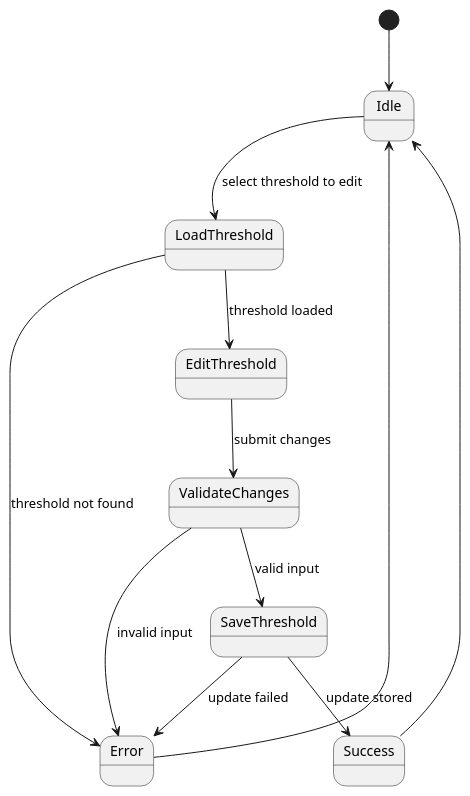
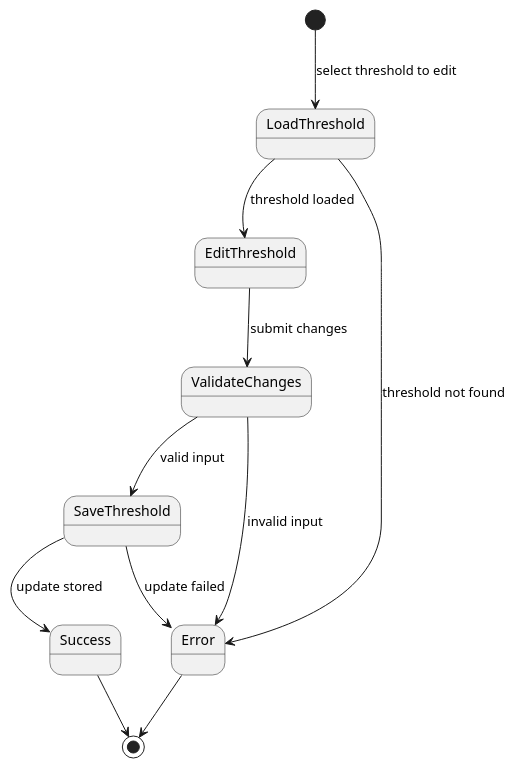
One commit to harmanpreet-sagar/SFWRENG-3A04-Group6-T01 changed the diagram in docs/diagrams/plantuml/state/thresh_edit_thresh.puml. Above: the diagram before and after it, drawn with PlantUML. The commit also changed 4 other files, not shown here.

Commit message:
fix: Error and success states go to end state and not back to idle

```diff
--- a/docs/diagrams/plantuml/state/thresh_edit_thresh.puml
+++ b/docs/diagrams/plantuml/state/thresh_edit_thresh.puml
@@ -1,19 +1,17 @@
 @startuml thresh_edit_thresh
 
-[*] --> Idle
-
-Idle --> LoadThreshold : select threshold to edit
+[*] --> LoadThreshold : select threshold to edit
 LoadThreshold --> EditThreshold : threshold loaded
 LoadThreshold --> Error : threshold not found
 
 EditThreshold --> ValidateChanges : submit changes
 ValidateChanges --> Error : invalid input
 ValidateChanges --> SaveThreshold : valid input
 
 SaveThreshold --> Success : update stored
 SaveThreshold --> Error : update failed
 
-Success --> Idle
-Error --> Idle
+Success --> [*]
+Error --> [*]
 
 @enduml
```
